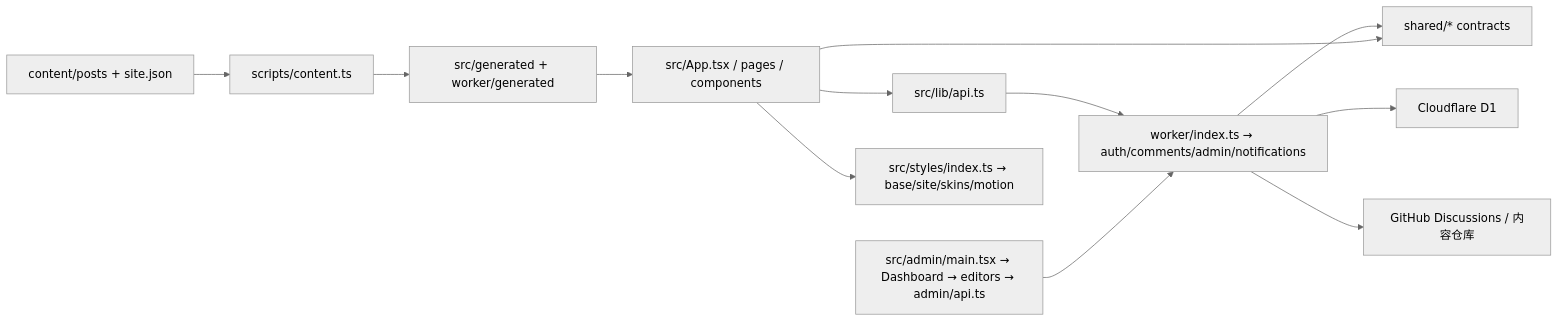
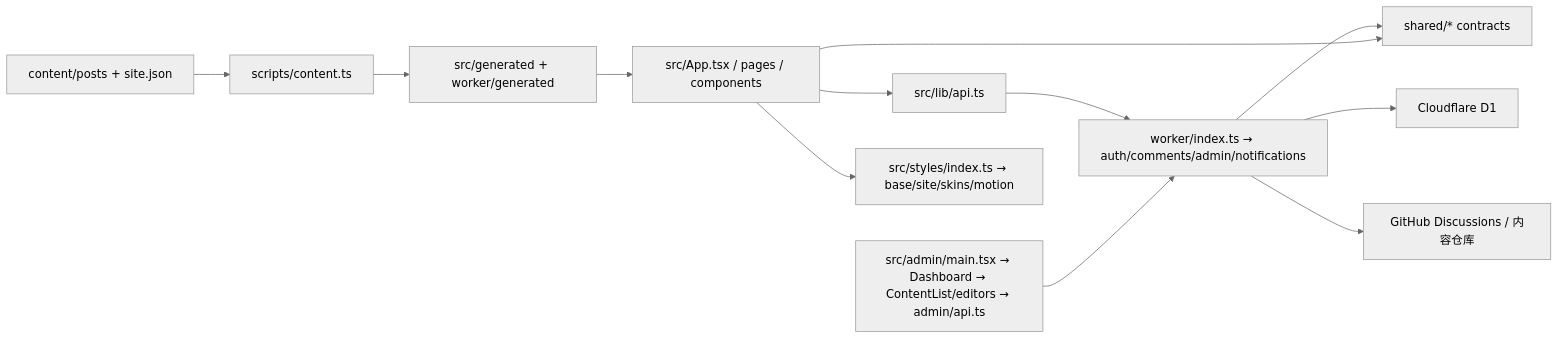
One commit to YohakuSama/waylan-blog changed the first of 2 diagrams in docs/ARCHITECTURE.md. Above: the diagram before and after it, drawn with Mermaid (neutral theme). The commit also changed other lines of this file, not shown here.

Commit message:
docs: distinguish dashboard coordination from content-list and discussion responsibilities

````diff
--- a/docs/ARCHITECTURE.md
+++ b/docs/ARCHITECTURE.md
@@ -9,14 +9,14 @@
 ```mermaid
 flowchart LR
     Content["content/posts + site.json"] --> Build["scripts/content.ts"]
     Build --> Generated["src/generated + worker/generated"]
     Generated --> Front["src/App.tsx / pages / components"]
     Front --> BrowserApi["src/lib/api.ts"]
     BrowserApi --> Worker["worker/index.ts → auth/comments/admin/notifications"]
     Worker --> Shared["shared/* contracts"]
     Front --> Shared
     Worker --> D1["Cloudflare D1"]
     Worker --> GitHub["GitHub Discussions / 内容仓库"]
-    Admin["src/admin/main.tsx → Dashboard → editors → admin/api.ts"] --> Worker
+    Admin["src/admin/main.tsx → Dashboard → ContentList/editors → admin/api.ts"] --> Worker
     Front --> Styles["src/styles/index.ts → base/site/skins/motion"]
 ```
````
